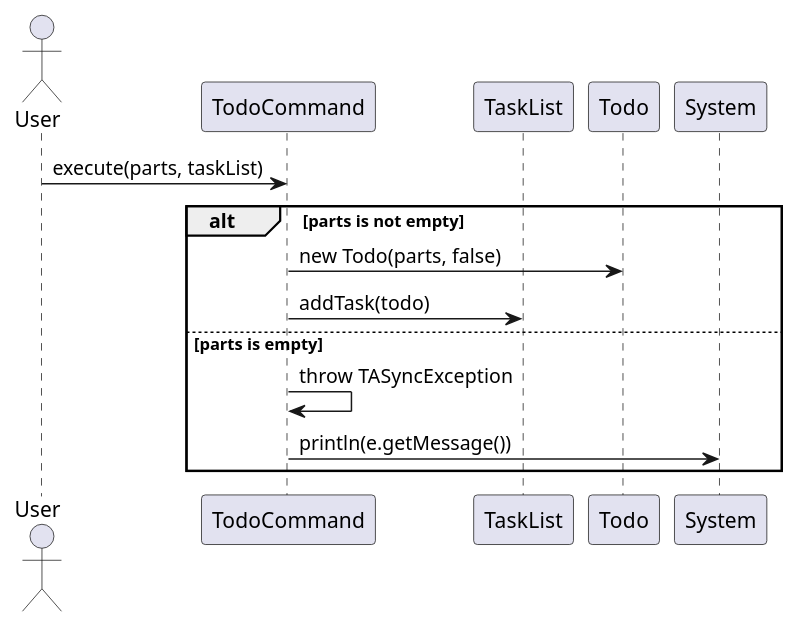
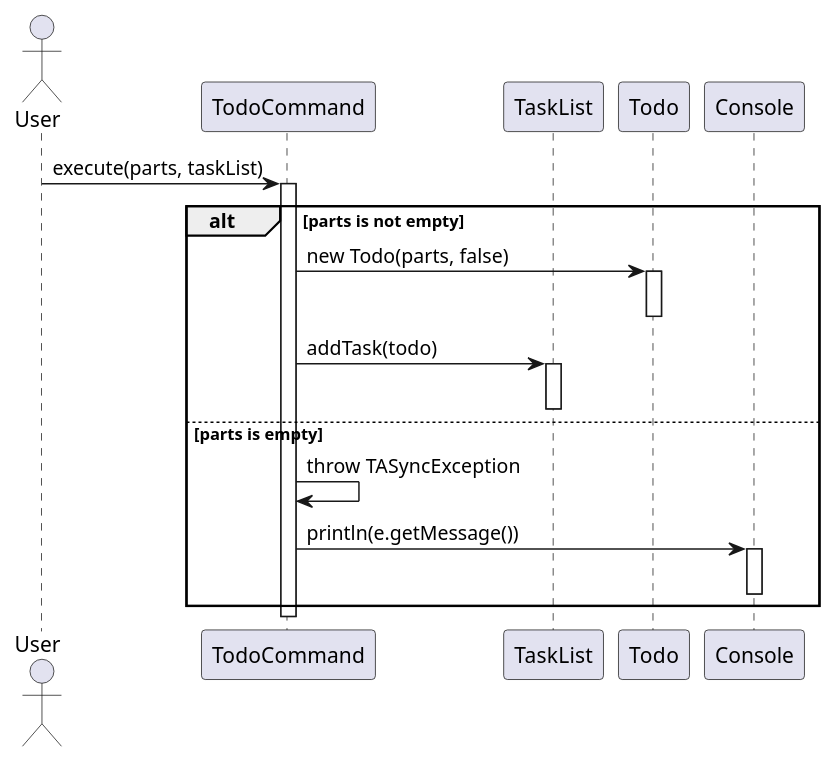
Before and after one commit to wongyihao02/tp: the diagram in docs/diagrams/tasklistcommands/TodoCommandSequenceDiagram.puml, drawn with PlantUML. The commit also changed 19 other files, not shown here.

Commit message:
Add activation bar for task command sequence diagrams

```diff
--- a/docs/diagrams/tasklistcommands/TodoCommandSequenceDiagram.puml
+++ b/docs/diagrams/tasklistcommands/TodoCommandSequenceDiagram.puml
@@ -1,20 +1,29 @@
 @startuml
 'https://plantuml.com/sequence-diagram
 actor User
 
 
 participant "TodoCommand" as TodoCmd
 participant "TaskList" as TaskList
 participant "Todo" as Todo
 
 User -> TodoCmd : execute(parts, taskList)
+activate TodoCmd
 
 alt parts is not empty
     TodoCmd -> Todo : new Todo(parts, false)
+    activate Todo
+    deactivate Todo
+
     TodoCmd -> TaskList : addTask(todo)
+    activate TaskList
+    deactivate TaskList
 else parts is empty
     TodoCmd -> TodoCmd : throw TASyncException
-    TodoCmd -> System : println(e.getMessage())
+    TodoCmd -> Console : println(e.getMessage())
+    activate Console
+    deactivate Console
 end
 
+deactivate TodoCmd
 @enduml
```
